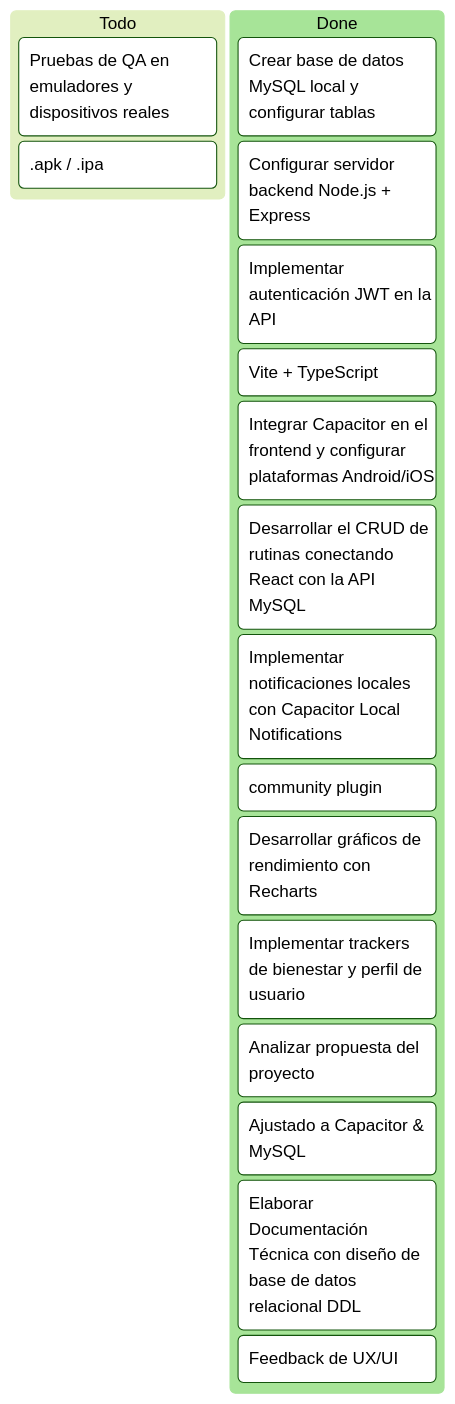
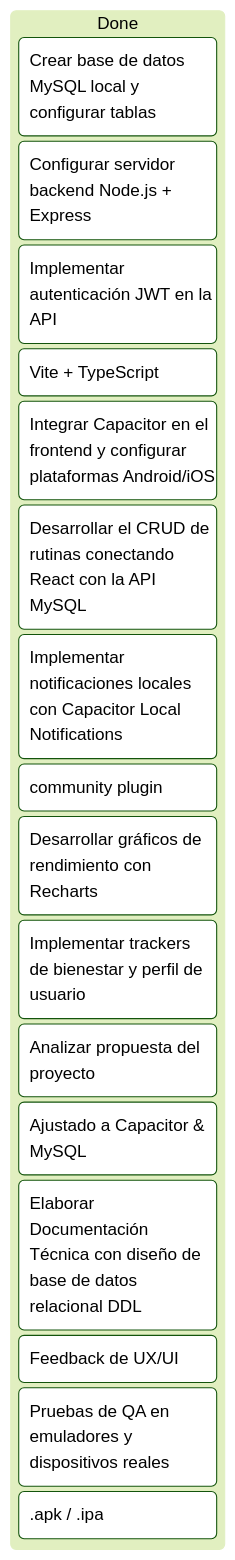
One commit to Darwin-Cabezas/Organiza-tu-Rutina changed the diagram in estado_proyecto.md. Above: the diagram before and after it, drawn with Mermaid (forest theme). The commit also changed other lines of this file and 1 other file, not shown here.

````diff
--- a/estado_proyecto.md
+++ b/estado_proyecto.md
@@ -26,21 +26,20 @@
 ```mermaid
 kanban
-  Todo
-    Pruebas de QA en emuladores y dispositivos reales
-    Optimización de bundles y empaquetado final (.apk / .ipa)
   Done
     Crear base de datos MySQL local y configurar tablas
     Configurar servidor backend Node.js + Express
     Implementar autenticación JWT en la API
     Configurar frontend en React (Vite + TypeScript)
     Integrar Capacitor en el frontend y configurar plataformas Android/iOS
     Desarrollar el CRUD de rutinas conectando React con la API MySQL
     Implementar notificaciones locales con Capacitor Local Notifications
     Implementar sincronización con Capacitor Calendar (community plugin)
     Desarrollar gráficos de rendimiento con Recharts
     Implementar trackers de bienestar y perfil de usuario
     Analizar propuesta del proyecto
     Elaborar Plan de Desarrollo (Ajustado a Capacitor & MySQL)
     Elaborar Documentación Técnica con diseño de base de datos relacional DDL
     Auditar capturas de interfaz de usuario (Feedback de UX/UI)
+    Pruebas de QA en emuladores y dispositivos reales
+    Optimización de bundles y empaquetado final (.apk / .ipa)
 ```
````
